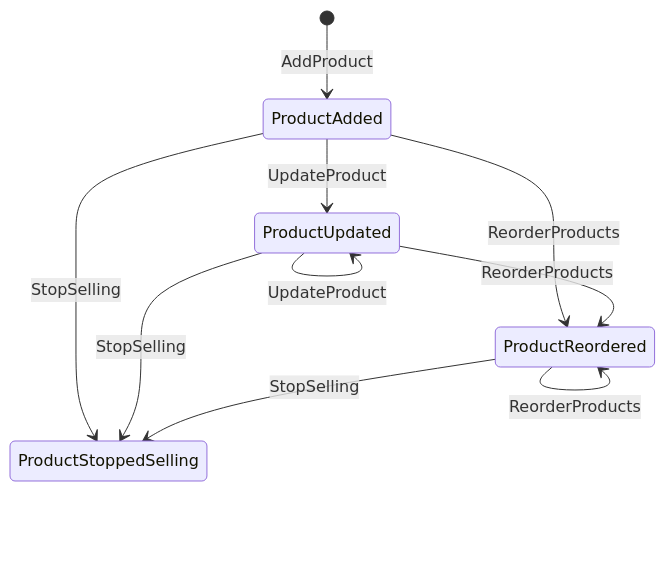
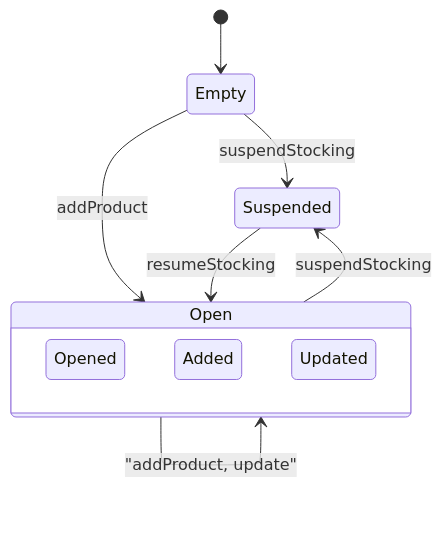
One commit to yodakeisuke/domain-parser-sample-accounting-product changed the diagram in doc/output/product_aggregate_design_map.md. Above: the diagram before and after it, drawn with Mermaid. The commit also changed 4 other files, not shown here.

````diff
--- a/doc/output/product_aggregate_design_map.md
+++ b/doc/output/product_aggregate_design_map.md
@@ -15,12 +15,17 @@
 ```mermaid
 stateDiagram-v2
-    [*] --> ProductAdded: AddProduct
-    ProductAdded --> ProductUpdated: UpdateProduct
-    ProductUpdated --> ProductUpdated: UpdateProduct
-    ProductAdded --> ProductStoppedSelling: StopSelling
-    ProductUpdated --> ProductStoppedSelling: StopSelling
-    ProductAdded --> ProductReordered: ReorderProducts
-    ProductUpdated --> ProductReordered: ReorderProducts
-    ProductReordered --> ProductReordered: ReorderProducts
-    ProductReordered --> ProductStoppedSelling: StopSelling
+    [*] --> Empty
+    
+    Empty --> Open : addProduct
+    Empty --> Suspended : suspendStocking
+    
+    state Open {
+        Opened
+        Added
+        Updated
+    }
+    
+    Open --> Open : "addProduct, update"
+    Open --> Suspended : suspendStocking
+    Suspended --> Open : resumeStocking
 ```
````
